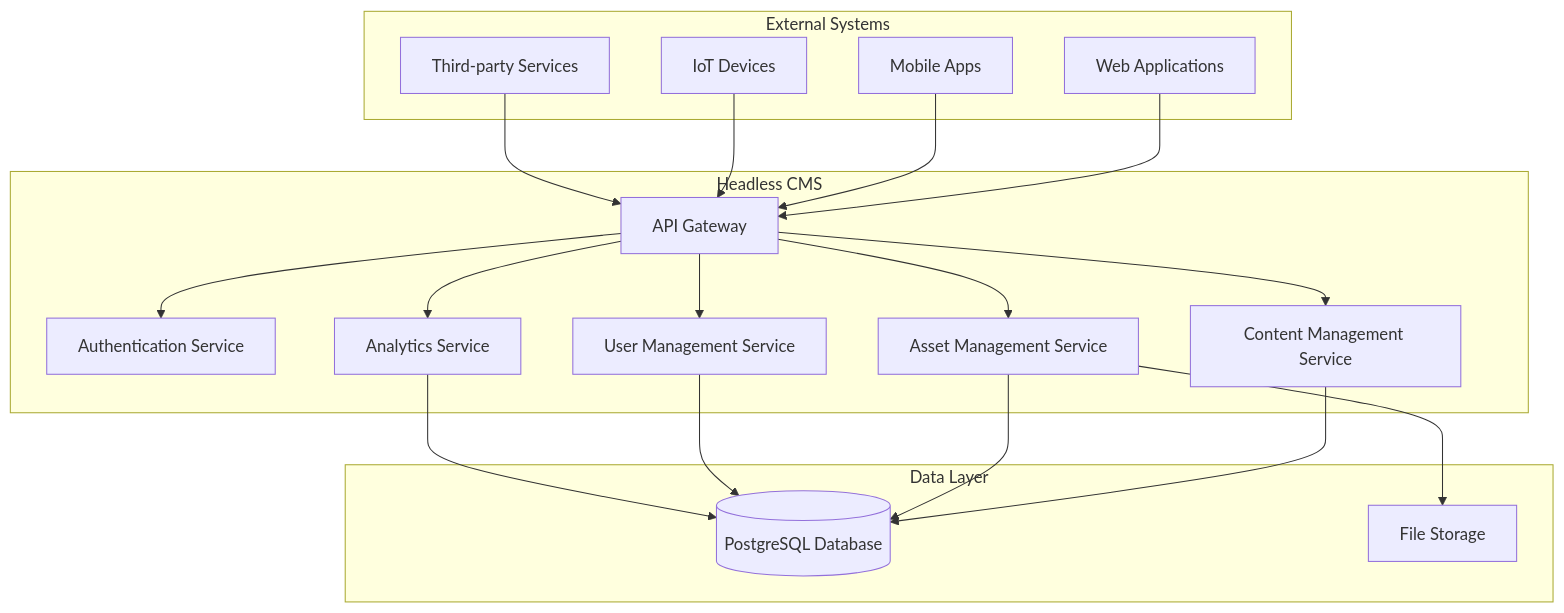
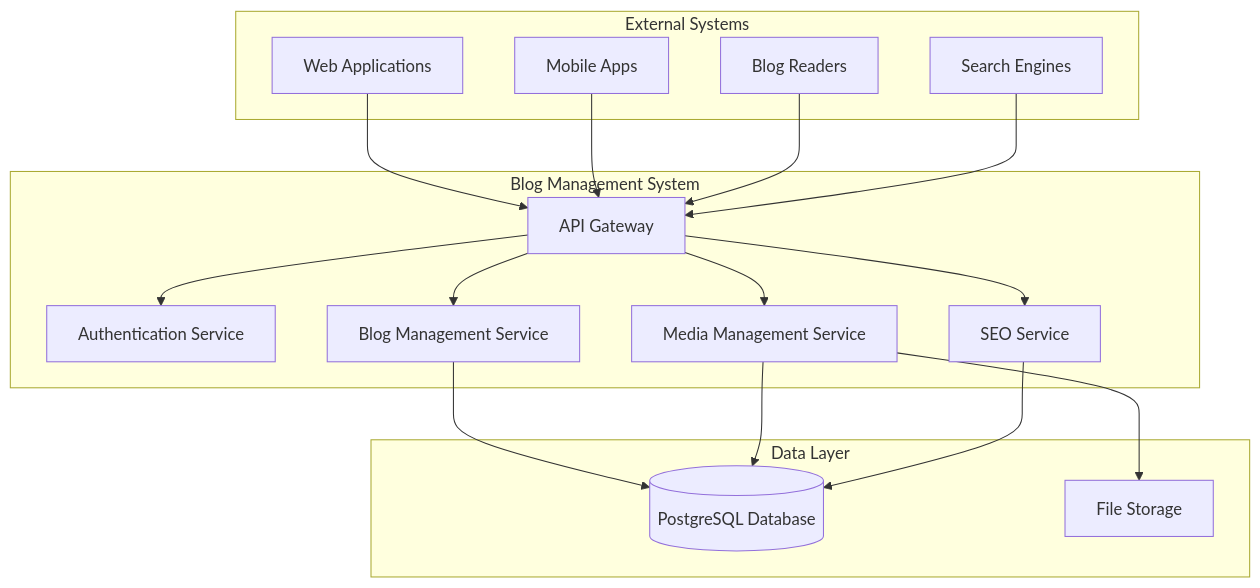
Before and after one commit to Dragon745/Content-Management-System: the first of 16 diagrams in SRS.md, drawn with Mermaid. The commit also changed other lines of this file and 1 other file, not shown here.

````diff
--- a/SRS.md
+++ b/SRS.md
@@ -51,38 +51,35 @@
 ```mermaid
 graph TB
     subgraph "External Systems"
         A[Web Applications]
         B[Mobile Apps]
-        C[IoT Devices]
-        D[Third-party Services]
+        C[Blog Readers]
+        D[Search Engines]
     end
 
-    subgraph "Headless CMS"
+    subgraph "Blog Management System"
         E[API Gateway]
         F[Authentication Service]
-        G[Content Management Service]
-        H[Asset Management Service]
-        I[User Management Service]
-        J[Analytics Service]
+        G[Blog Management Service]
+        H[Media Management Service]
+        I[SEO Service]
     end
 
     subgraph "Data Layer"
         K[(PostgreSQL Database)]
         M[File Storage]
     end
 
     A --> E
     B --> E
     C --> E
     D --> E
     E --> F
     E --> G
     E --> H
     E --> I
-    E --> J
     G --> K
     H --> K
     I --> K
-    J --> K
     H --> M
 ```
````
